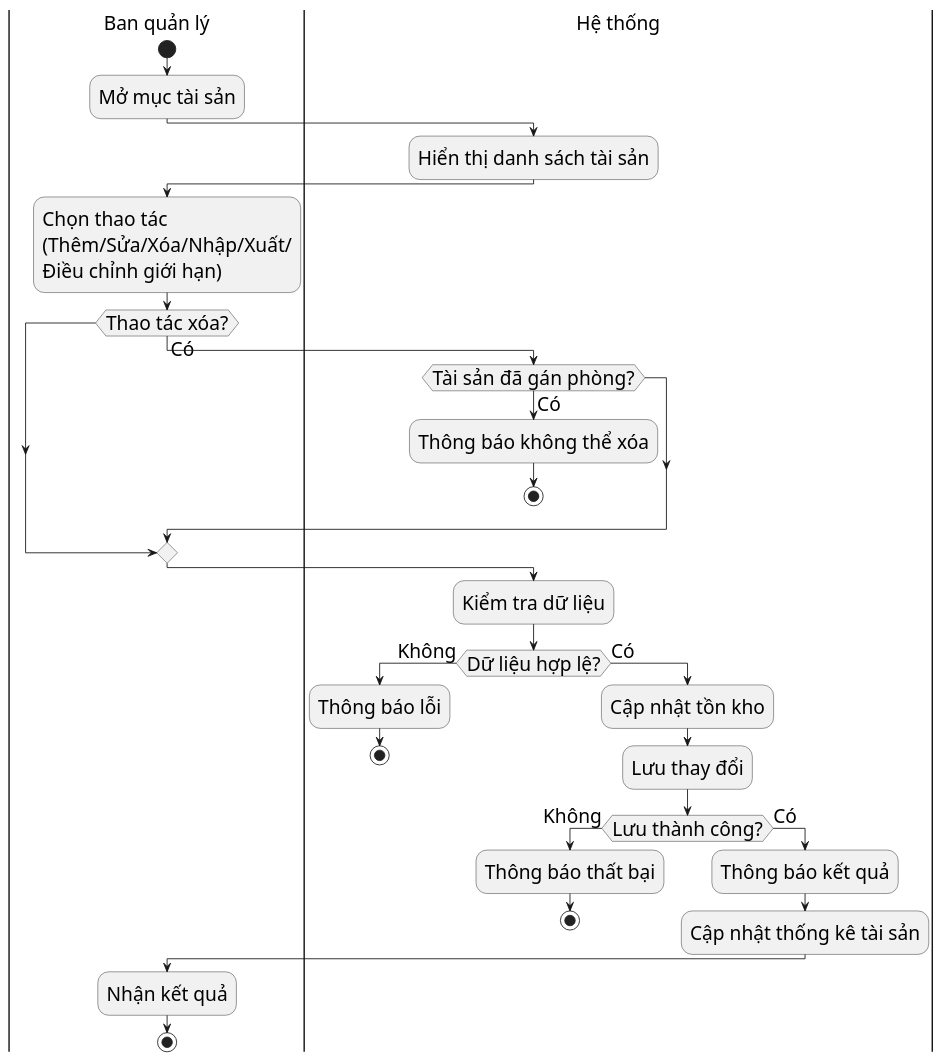
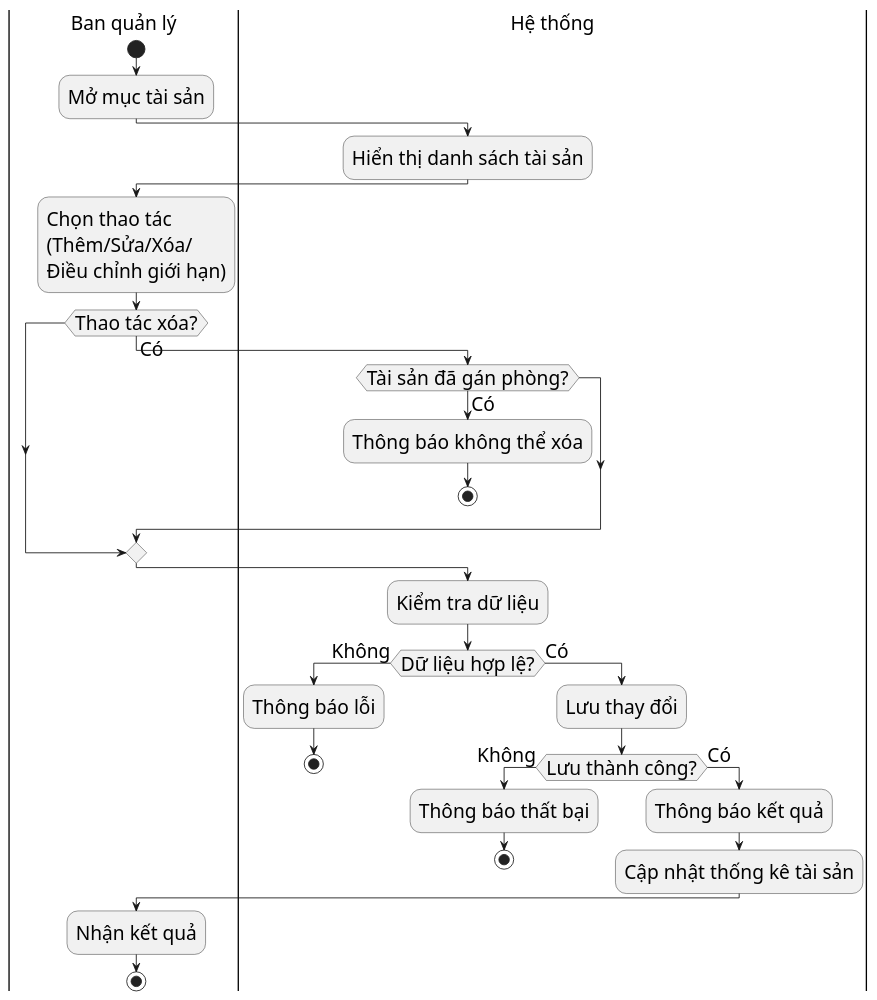
One commit to s0nbuildtech287/dormitory-frontend changed the diagram in diagrams/nhomtaisan/asset_management_activity.puml. Above: the diagram before and after it, drawn with PlantUML. The commit also changed 4 other files, not shown here.

```diff
--- a/diagrams/nhomtaisan/asset_management_activity.puml
+++ b/diagrams/nhomtaisan/asset_management_activity.puml
@@ -1,44 +1,43 @@
 @startuml "Asset Management Activity"
 skinparam defaultFontSize 22
 skinparam defaultFontName "Times New Roman"
 |Ban quản lý|
 start
 :Mở mục tài sản;
 
 |Hệ thống|
 :Hiển thị danh sách tài sản;
 
 |Ban quản lý|
-:Chọn thao tác\n(Thêm/Sửa/Xóa/Nhập/Xuất/\nĐiều chỉnh giới hạn);
+:Chọn thao tác\n(Thêm/Sửa/Xóa/\nĐiều chỉnh giới hạn);
 
 if (Thao tác xóa?) then (Có)
   |Hệ thống|
   if (Tài sản đã gán phòng?) then (Có)
     :Thông báo không thể xóa;
     stop
   endif
 endif
 
 |Hệ thống|
 :Kiểm tra dữ liệu;
 
 if (Dữ liệu hợp lệ?) then (Không)
   :Thông báo lỗi;
   stop
 else (Có)
-  :Cập nhật tồn kho;
   :Lưu thay đổi;
   
   if (Lưu thành công?) then (Không)
     :Thông báo thất bại;
     stop
   else (Có)
     :Thông báo kết quả;
     :Cập nhật thống kê tài sản;
   endif
 endif
 
 |Ban quản lý|
 :Nhận kết quả;
 stop
 @enduml
```
